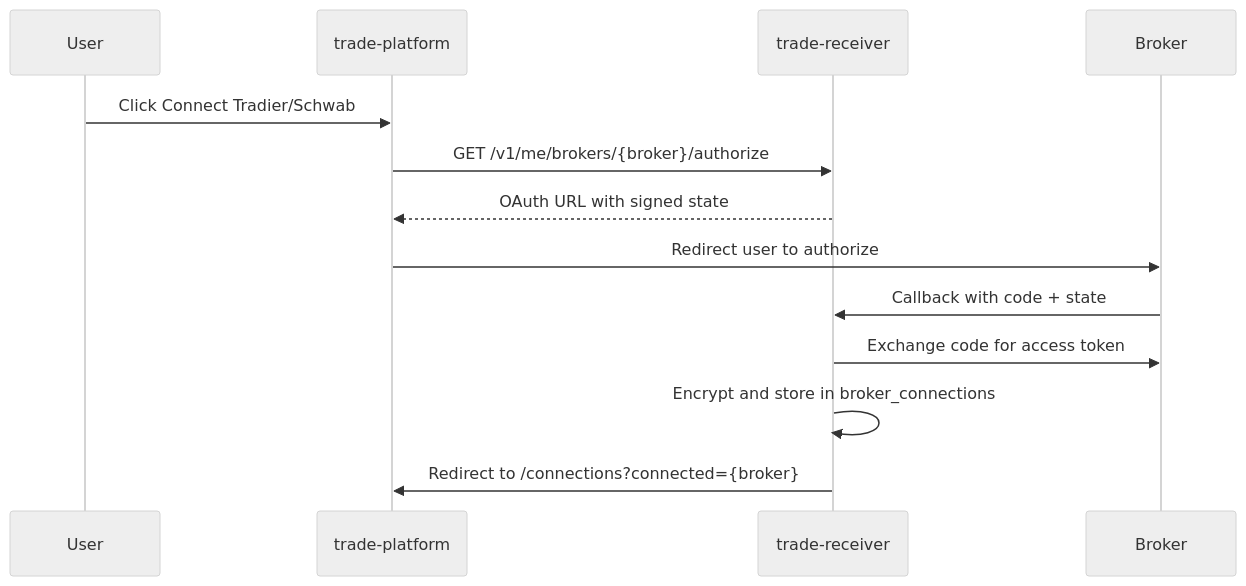
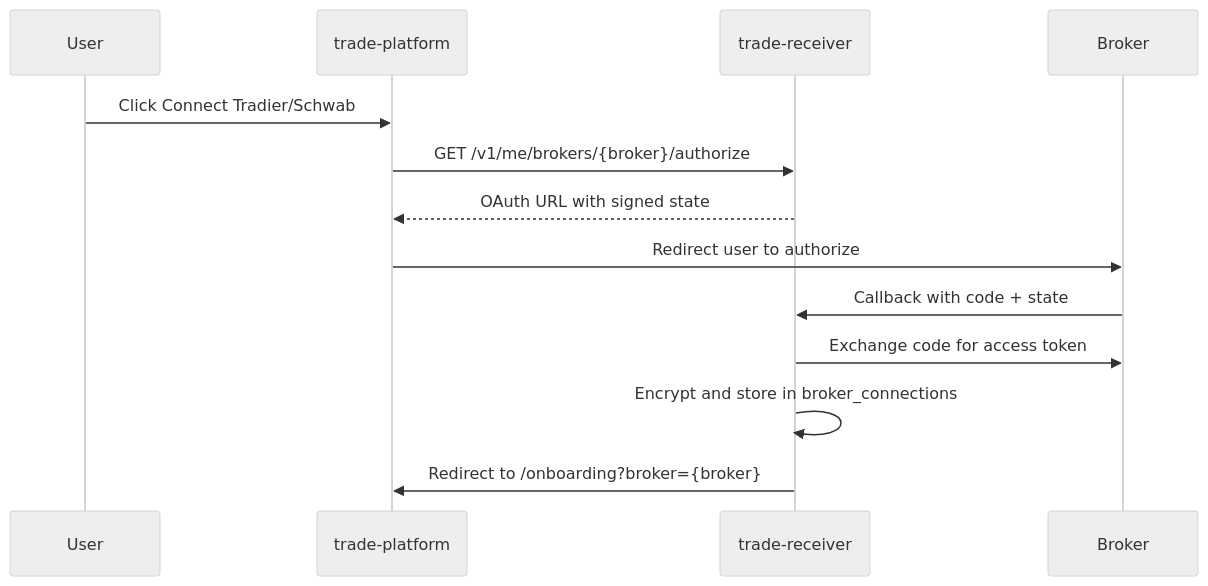
Before and after one commit to fcpauldiaz/trade-receiver: the diagram in README.md, drawn with Mermaid (neutral theme). The commit also changed other lines of this file and 51 other files, not shown here.

````diff
--- a/README.md
+++ b/README.md
@@ -52,16 +69,16 @@
 ```mermaid
 sequenceDiagram
     participant User
     participant Platform as trade-platform
     participant Receiver as trade-receiver
     participant Broker
 
     User->>Platform: Click Connect Tradier/Schwab
     Platform->>Receiver: GET /v1/me/brokers/{broker}/authorize
     Receiver-->>Platform: OAuth URL with signed state
     Platform->>Broker: Redirect user to authorize
     Broker->>Receiver: Callback with code + state
     Receiver->>Broker: Exchange code for access token
     Receiver->>Receiver: Encrypt and store in broker_connections
-    Receiver->>Platform: Redirect to /connections?connected={broker}
+    Receiver->>Platform: Redirect to /onboarding?broker={broker}
 ```
````
